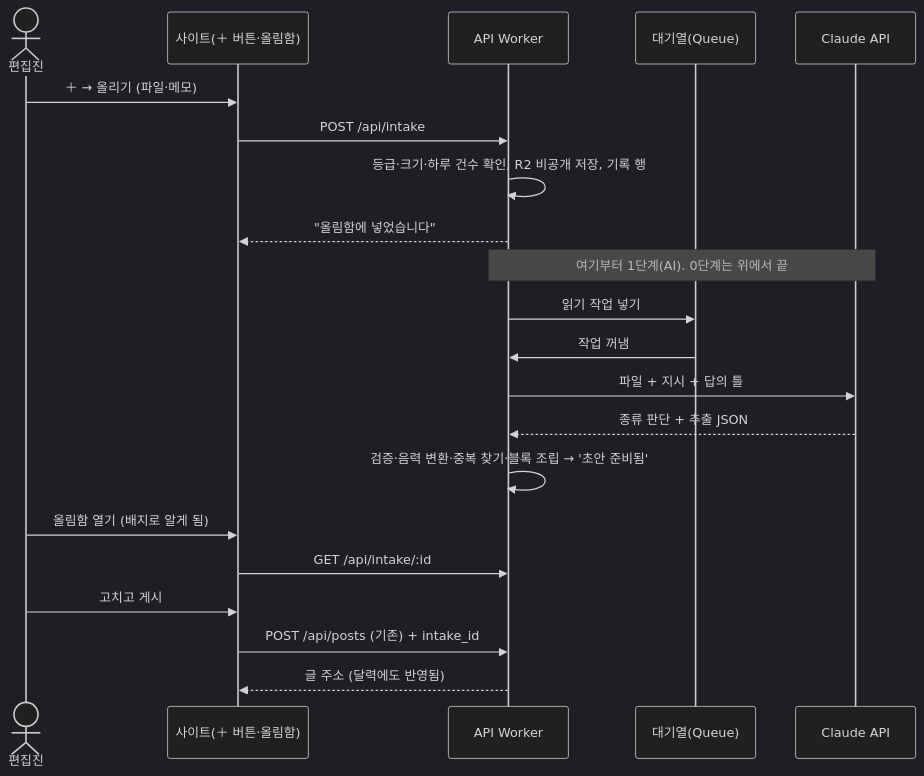
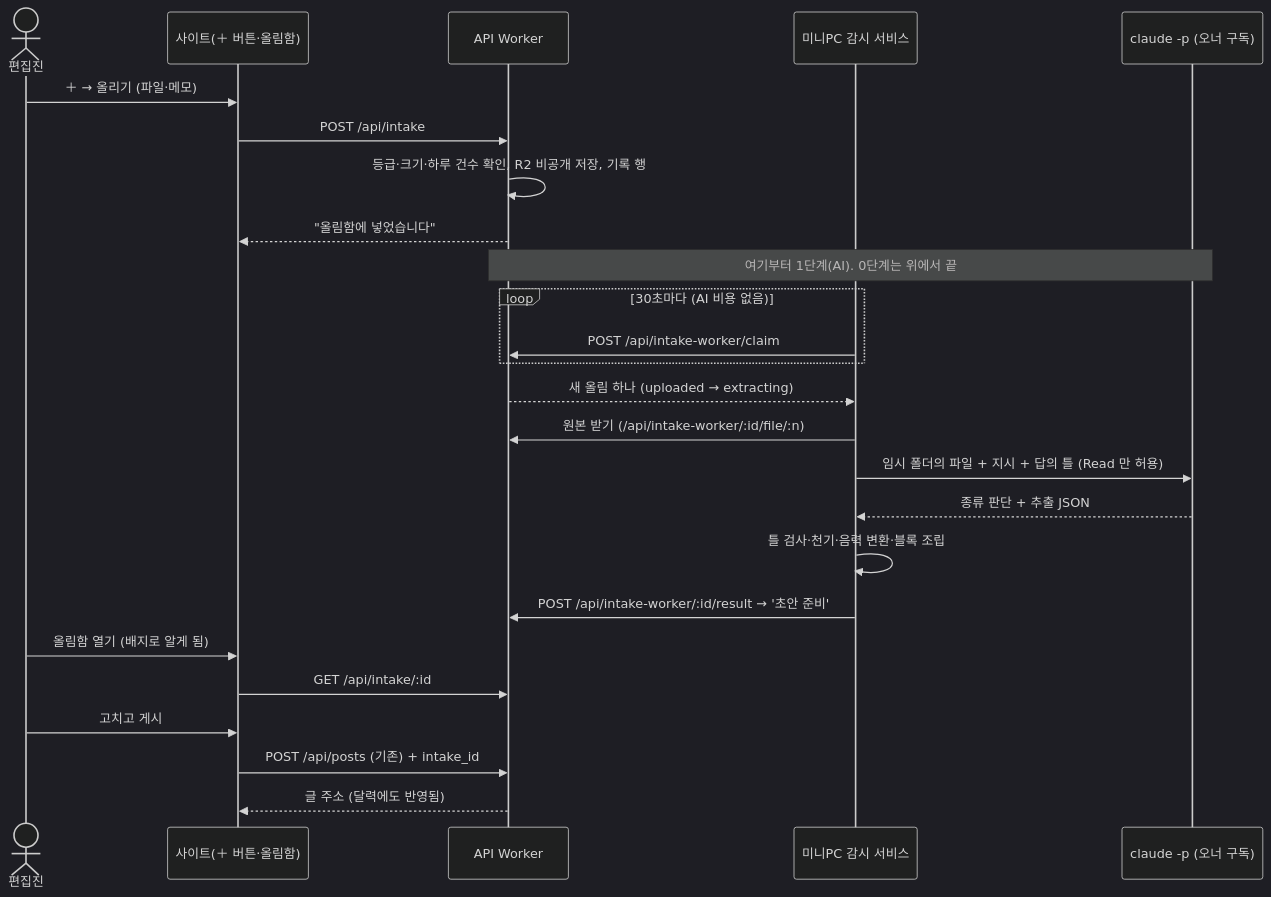
One commit to Moakro/jsbeob changed the second of 2 diagrams in docs/design/ai-intake.md. Above: the diagram before and after it, drawn with Mermaid (dark theme). The commit also changed other lines of this file and 14 other files, not shown here.

First line of the commit message:
feat(intake): 올림함 AI 초안 1단계 — 미니PC 감시 서비스 + claude -p

````diff
--- a/docs/design/ai-intake.md
+++ b/docs/design/ai-intake.md
@@ -170,23 +171,27 @@
 ```mermaid
 sequenceDiagram
   actor U as 편집진
   participant W as 사이트(＋ 버튼·올림함)
   participant A as API Worker
-  participant Q as 대기열(Queue)
-  participant C as Claude API
+  participant Q as 미니PC 감시 서비스
+  participant C as claude -p (오너 구독)
   U->>W: ＋ → 올리기 (파일·메모)
   W->>A: POST /api/intake
   A->>A: 등급·크기·하루 건수 확인, R2 비공개 저장, 기록 행
   A-->>W: "올림함에 넣었습니다"
   Note over A,C: 여기부터 1단계(AI). 0단계는 위에서 끝
-  A->>Q: 읽기 작업 넣기
-  Q->>A: 작업 꺼냄
-  A->>C: 파일 + 지시 + 답의 틀
-  C-->>A: 종류 판단 + 추출 JSON
-  A->>A: 검증·음력 변환·중복 찾기·블록 조립 → '초안 준비됨'
+  loop 30초마다 (AI 비용 없음)
+    Q->>A: POST /api/intake-worker/claim
+  end
+  A-->>Q: 새 올림 하나 (uploaded → extracting)
+  Q->>A: 원본 받기 (/api/intake-worker/:id/file/:n)
+  Q->>C: 임시 폴더의 파일 + 지시 + 답의 틀 (Read 만 허용)
+  C-->>Q: 종류 판단 + 추출 JSON
+  Q->>Q: 틀 검사·천기·음력 변환·블록 조립
+  Q->>A: POST /api/intake-worker/:id/result → '초안 준비'
   U->>W: 올림함 열기 (배지로 알게 됨)
   W->>A: GET /api/intake/:id
   U->>W: 고치고 게시
   W->>A: POST /api/posts (기존) + intake_id
   A-->>W: 글 주소 (달력에도 반영됨)
 ```
````
